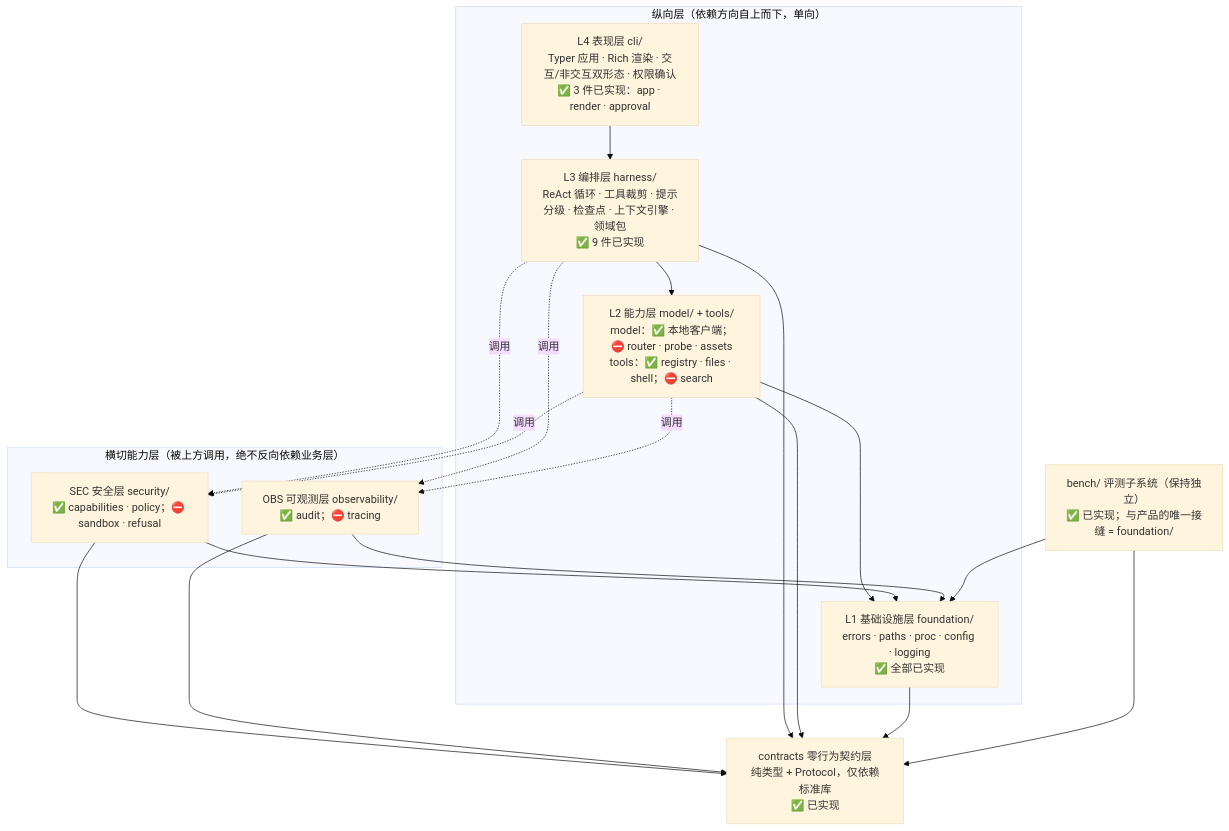
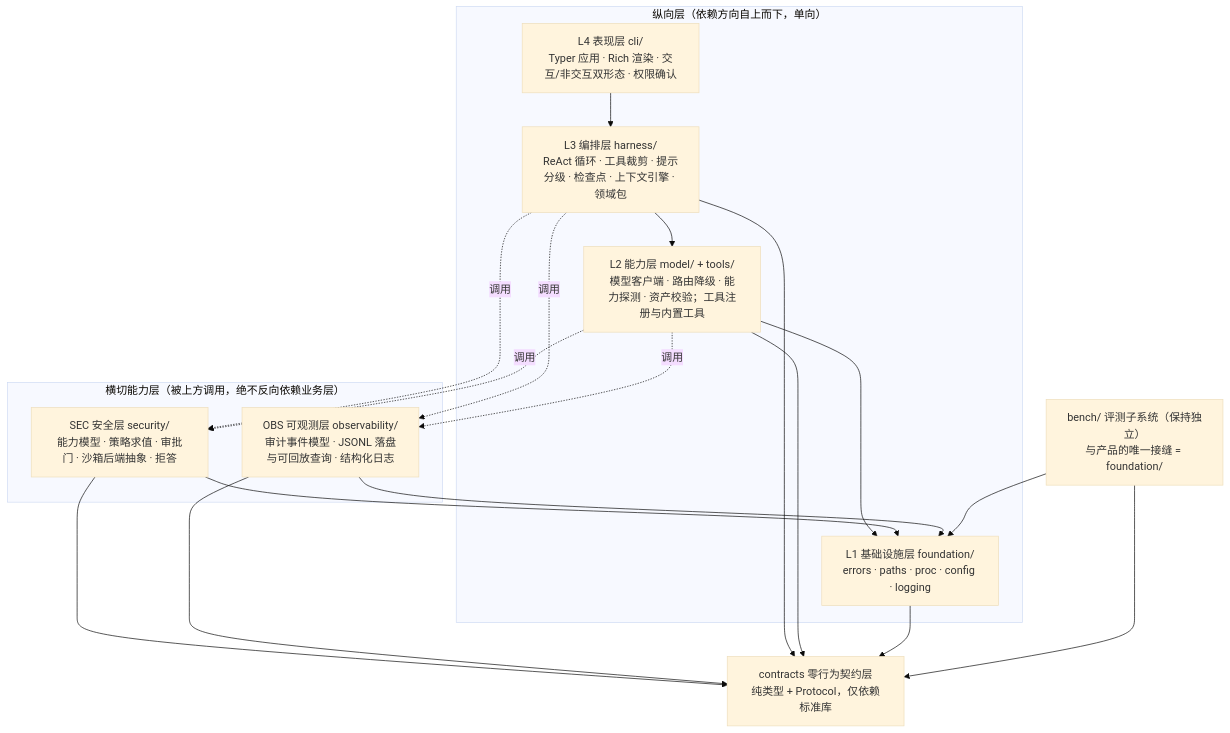
Before and after one commit to sukinoelsuki/software_engineering: the first of 10 diagrams in docs/course-deliverables/experiment-2-design/软件设计文档.md, drawn with Mermaid (base theme). The commit also changed other lines of this file and 1 other file, not shown here.

````diff
--- a/docs/course-deliverables/experiment-2-design/软件设计文档.md
+++ b/docs/course-deliverables/experiment-2-design/软件设计文档.md
@@ -135,34 +137,34 @@
 ```mermaid
 flowchart TD
     subgraph V["纵向层（依赖方向自上而下，单向）"]
-        UX["L4 表现层 cli/<br/>Typer 应用 · Rich 渲染 · 交互/非交互双形态 · 权限确认<br/>✅ 3 件已实现：app · render · approval"]
-        HARNESS["L3 编排层 harness/<br/>ReAct 循环 · 工具裁剪 · 提示分级 · 检查点 · 上下文引擎 · 领域包<br/>✅ 9 件已实现"]
-        CAP["L2 能力层 model/ + tools/<br/>model：✅ 本地客户端；⛔ router · probe · assets<br/>tools：✅ registry · files · shell；⛔ search"]
-        FND["L1 基础设施层 foundation/<br/>errors · paths · proc · config · logging<br/>✅ 全部已实现"]
+        UX["L4 表现层 cli/<br/>Typer 应用 · Rich 渲染 · 交互/非交互双形态 · 权限确认"]
+        HARNESS["L3 编排层 harness/<br/>ReAct 循环 · 工具裁剪 · 提示分级 · 检查点 · 上下文引擎 · 领域包"]
+        CAP["L2 能力层 model/ + tools/<br/>模型客户端 · 路由降级 · 能力探测 · 资产校验；工具注册与内置工具"]
+        FND["L1 基础设施层 foundation/<br/>errors · paths · proc · config · logging"]
     end
 
     subgraph X["横切能力层（被上方调用，绝不反向依赖业务层）"]
-        SEC["SEC 安全层 security/<br/>✅ capabilities · policy；⛔ sandbox · refusal"]
-        OBS["OBS 可观测层 observability/<br/>✅ audit；⛔ tracing"]
+        SEC["SEC 安全层 security/<br/>能力模型 · 策略求值 · 审批门 · 沙箱后端抽象 · 拒答"]
+        OBS["OBS 可观测层 observability/<br/>审计事件模型 · JSONL 落盘与可回放查询 · 结构化日志"]
     end
 
-    CTR["contracts 零行为契约层<br/>纯类型 + Protocol，仅依赖标准库<br/>✅ 已实现"]
-    BENCH["bench/ 评测子系统（保持独立）<br/>✅ 已实现；与产品的唯一接缝 = foundation/"]
+    CTR["contracts 零行为契约层<br/>纯类型 + Protocol，仅依赖标准库"]
+    BENCH["bench/ 评测子系统（保持独立）<br/>与产品的唯一接缝 = foundation/"]
 
     UX --> HARNESS
     HARNESS --> CAP
     CAP --> FND
     HARNESS -. 调用 .-> SEC
     HARNESS -. 调用 .-> OBS
     CAP -. 调用 .-> SEC
     CAP -. 调用 .-> OBS
     SEC --> FND
     OBS --> FND
     SEC --> CTR
     OBS --> CTR
     HARNESS --> CTR
     CAP --> CTR
     FND --> CTR
     BENCH --> FND
     BENCH --> CTR
 ```
````
